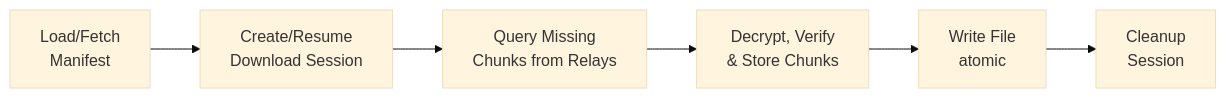
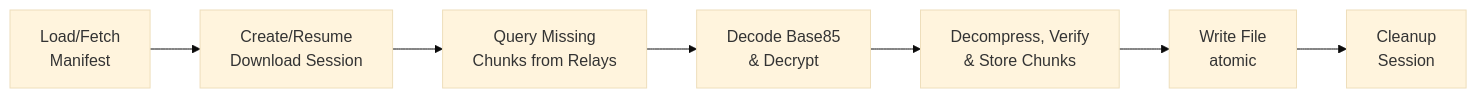
Before and after one commit to andrewtheguy/nostrsave: the second of 5 diagrams in docs/ARCHITECTURE.md, drawn with Mermaid (base theme). The commit also changed other lines of this file, not shown here.

Commit message:
feat: update upload and download flow to include compression and base85 encoding

````diff
--- a/docs/ARCHITECTURE.md
+++ b/docs/ARCHITECTURE.md
@@ -23,8 +25,9 @@
 ```mermaid
 flowchart LR
     A[Load/Fetch<br/>Manifest] --> B[Create/Resume<br/>Download Session]
     B --> C[Query Missing<br/>Chunks from Relays]
-    C --> D[Decrypt, Verify<br/>& Store Chunks]
-    D --> E[Write File<br/>atomic]
-    E --> F[Cleanup<br/>Session]
+    C --> D[Decode Base85<br/>& Decrypt]
+    D --> E[Decompress, Verify<br/>& Store Chunks]
+    E --> F[Write File<br/>atomic]
+    F --> G[Cleanup<br/>Session]
 ```
````
